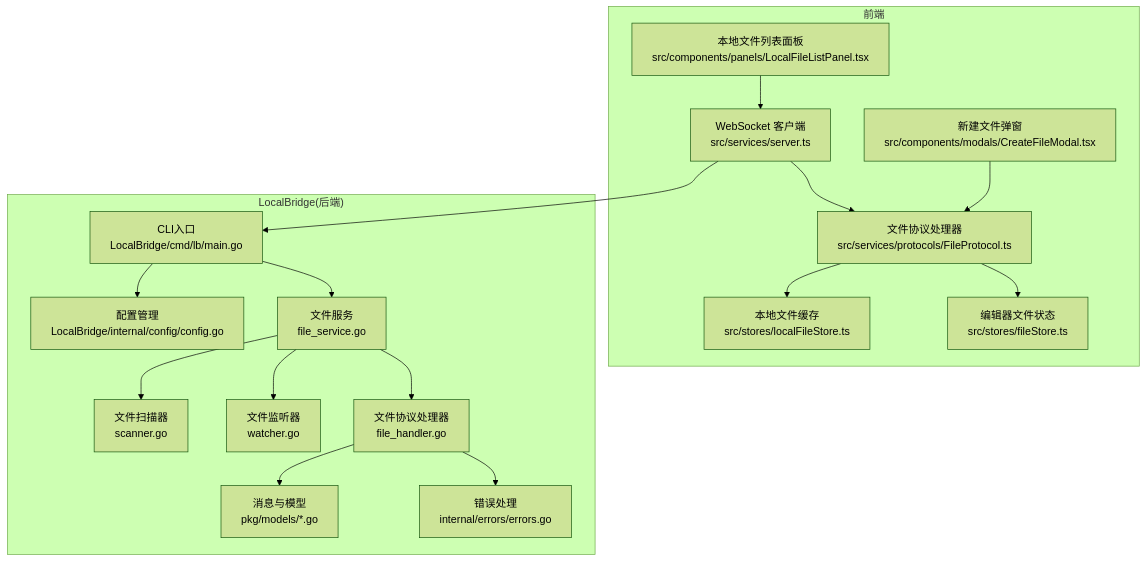
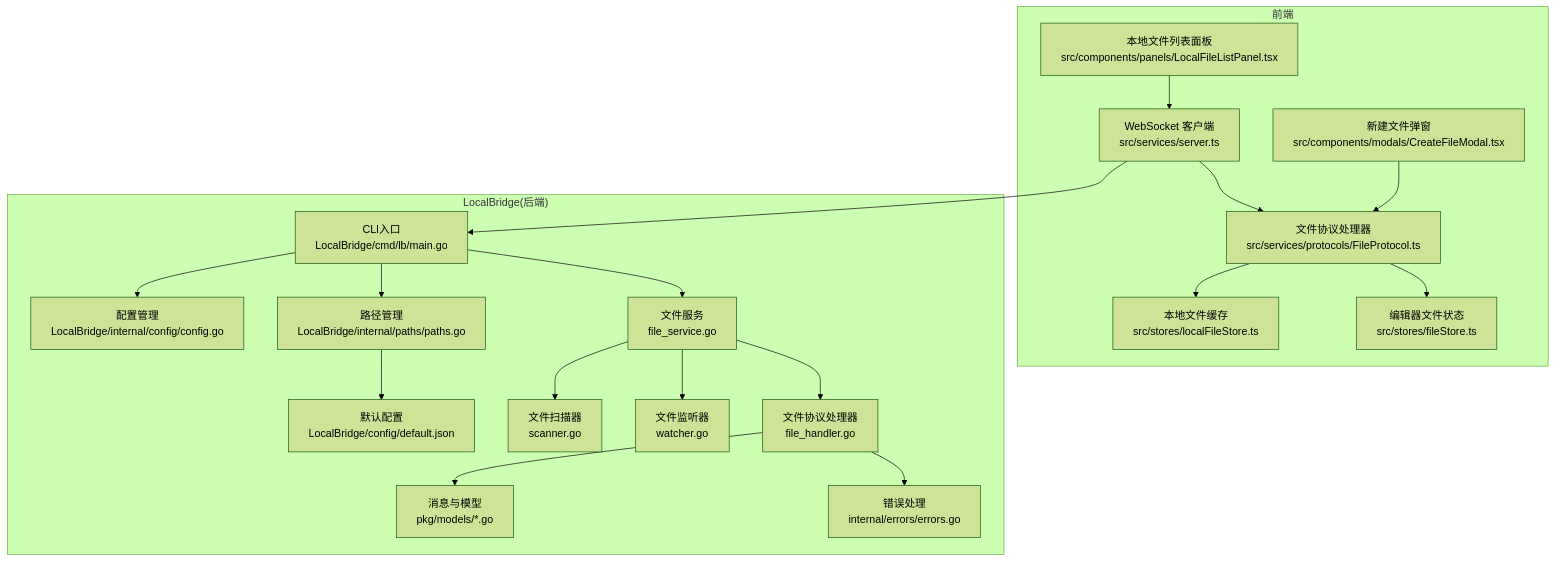
One commit to kqcoxn/MaaPipelineEditor changed the first of 3 diagrams in .qoder/repowiki/zh/content/核心概念/本地文件管理.md. Above: the diagram before and after it, drawn with Mermaid (forest theme). The commit also changed other lines of this file and 8 other files, not shown here.

````diff
--- a/.qoder/repowiki/zh/content/核心概念/本地文件管理.md
+++ b/.qoder/repowiki/zh/content/核心概念/本地文件管理.md
@@ -58,34 +71,38 @@
 ```mermaid
 graph TB
 subgraph "前端"
 FE_Server["WebSocket 客户端<br/>src/services/server.ts"]
 FE_Protocol["文件协议处理器<br/>src/services/protocols/FileProtocol.ts"]
 FE_LocalStore["本地文件缓存<br/>src/stores/localFileStore.ts"]
 FE_FileStore["编辑器文件状态<br/>src/stores/fileStore.ts"]
 FE_ListPanel["本地文件列表面板<br/>src/components/panels/LocalFileListPanel.tsx"]
 FE_CreateModal["新建文件弹窗<br/>src/components/modals/CreateFileModal.tsx"]
 end
 subgraph "LocalBridge(后端)"
 LB_Main["CLI入口<br/>LocalBridge/cmd/lb/main.go"]
 LB_Config["配置管理<br/>LocalBridge/internal/config/config.go"]
+LB_Paths["路径管理<br/>LocalBridge/internal/paths/paths.go"]
+LB_DefaultConfig["默认配置<br/>LocalBridge/config/default.json"]
 LB_FileSvc["文件服务<br/>file_service.go"]
 LB_Scanner["文件扫描器<br/>scanner.go"]
 LB_Watcher["文件监听器<br/>watcher.go"]
 LB_Handler["文件协议处理器<br/>file_handler.go"]
 LB_Models["消息与模型<br/>pkg/models/*.go"]
 LB_Errors["错误处理<br/>internal/errors/errors.go"]
 end
 FE_Server --> FE_Protocol
 FE_Protocol --> FE_LocalStore
 FE_Protocol --> FE_FileStore
 FE_ListPanel --> FE_Server
 FE_CreateModal --> FE_Protocol
 FE_Server --> LB_Main
 LB_Main --> LB_Config
+LB_Main --> LB_Paths
 LB_Main --> LB_FileSvc
+LB_Paths --> LB_DefaultConfig
 LB_FileSvc --> LB_Scanner
 LB_FileSvc --> LB_Watcher
 LB_FileSvc --> LB_Handler
 LB_Handler --> LB_Models
 LB_Handler --> LB_Errors
 ```
````
